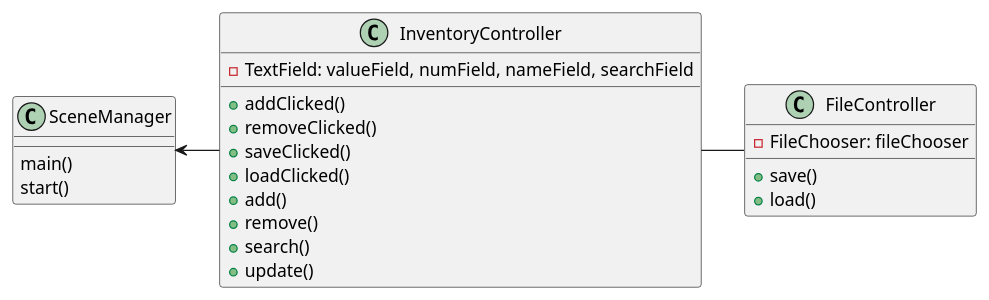
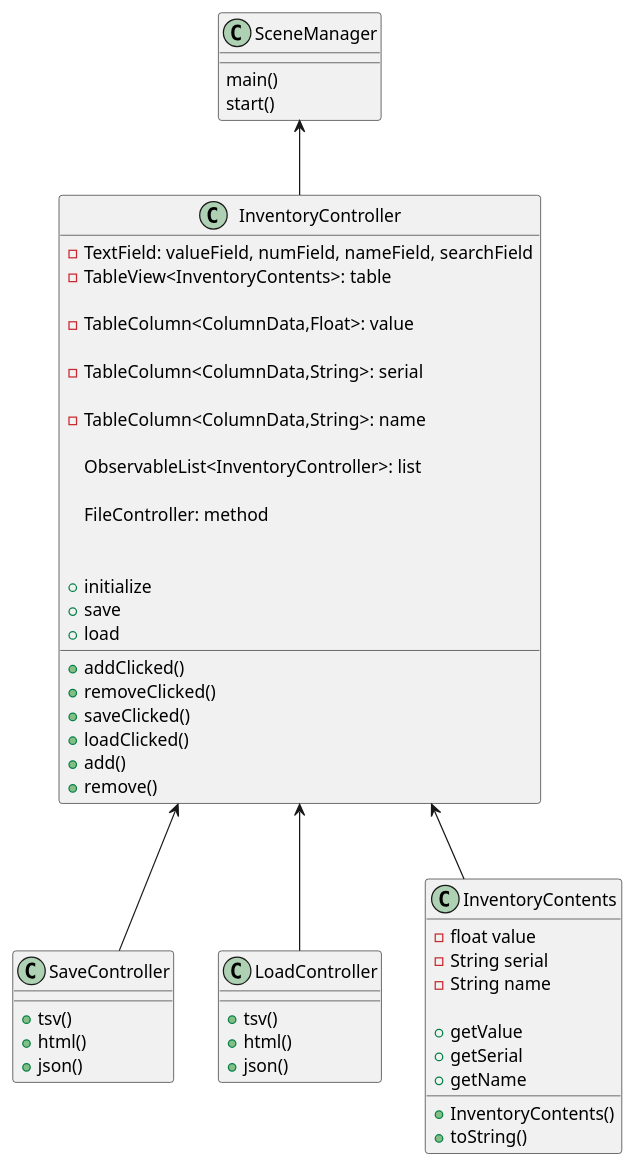
Before and after one commit to lcorona26/corona-0708-a5: the diagram in uml/classes.puml, drawn with PlantUML. The commit also changed 7 other files, not shown here.

Commit message:
load function updated / file controller split into save and load controllers

```diff
--- a/uml/classes.puml
+++ b/uml/classes.puml
@@ -1,36 +1,69 @@
 @startuml
 
 class SceneManager{
     main()
     start()
 }
 class InventoryController{
 
     -TextField: valueField, numField, nameField, searchField
+    -TableView<InventoryContents>: table
+
+    -TableColumn<ColumnData,Float>: value
+
+    -TableColumn<ColumnData,String>: serial
+
+    -TableColumn<ColumnData,String>: name
+
+    ObservableList<InventoryController>: list
+
+    FileController: method
 
 
+    +initialize
     + addClicked()
     + removeClicked()
     + saveClicked()
     + loadClicked()
     + add()
     + remove()
-    + search()
-    + update()
+    +save
+    +load
 
 
 
 }
-class FileController{
 
-    -FileChooser: fileChooser
+class SaveController{
 
-    + save()
-    + load()
+   +tsv()
+   +html()
+   +json()
+}
+class LoadController{
+
+   +tsv()
+   +html()
+   +json()
+}
+class InventoryContents{
+
+    -float value
+    -String serial
+    -String name
+
+    +InventoryContents()
+    +getValue
+    +getSerial
+    +getName
+    +toString()
 }
 
 
-SceneManager <-InventoryController
-InventoryController - FileController
+
+SceneManager <--InventoryController
+InventoryController <-- InventoryContents
+InventoryController <-- SaveController
+InventoryController <-- LoadController
 
 @enduml
```
